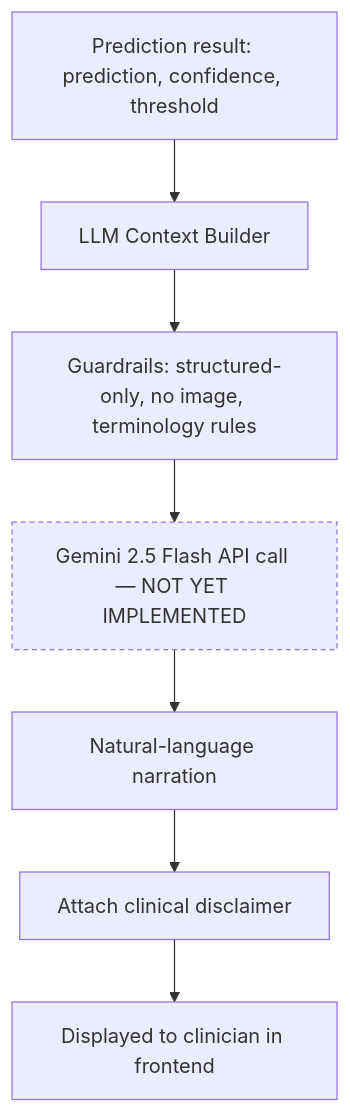
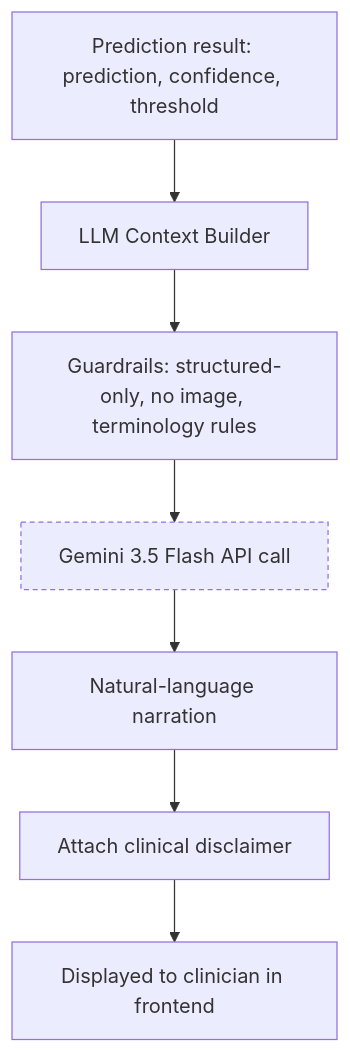
The fifth of 6 diagrams in docs/architecture.md (SoujanyaDasRoy/Nirik), drawn with Mermaid before and after one commit. The commit also changed other lines of this file, not shown here.

Commit message:
Update ARCHITECTURE.md: replace Gemini 2.5 Flash references with Gemini 3.5 Flash and mark LLM as implemented

````diff
--- a/docs/architecture.md
+++ b/docs/architecture.md
@@ -532,12 +532,12 @@
 ```mermaid
 flowchart TD
     R[Prediction result: prediction, confidence, threshold] --> CB[LLM Context Builder]
     CB --> G["Guardrails: structured-only, no image, terminology rules"]
-    G --> API["Gemini 2.5 Flash API call — NOT YET IMPLEMENTED"]
+    G --> API["Gemini 3.5 Flash API call"]
     API --> AN[Natural-language narration]
     AN --> DI[Attach clinical disclaimer]
     DI --> FE[Displayed to clinician in frontend]
 
     classDef notdef stroke-dasharray: 4 3
     class API notdef
 ```
````
